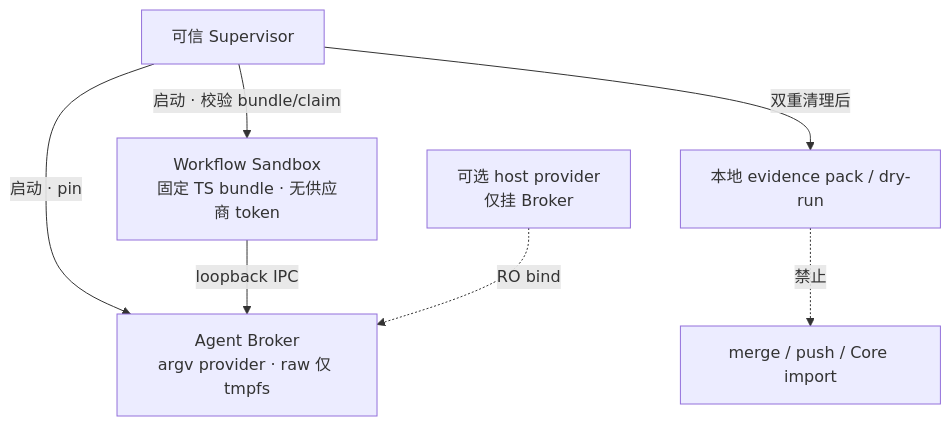
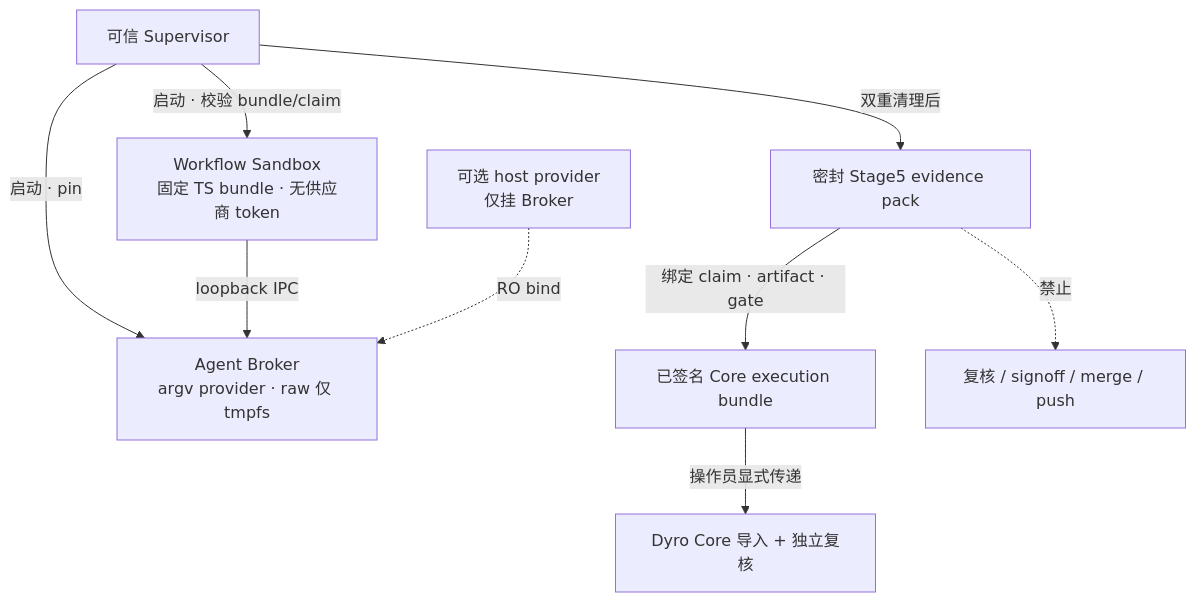
Before and after one commit to DandreYang/DyroEngineeringFlow: diagram 11 of 12 in README.zh-CN.md, drawn with Mermaid. The commit also changed other lines of this file and 44 other files, not shown here.

````diff
--- a/README.zh-CN.md
+++ b/README.zh-CN.md
@@ -256,14 +256,16 @@
 ```mermaid
 flowchart TB
   Sup["可信 Supervisor"]
   Sand["Workflow Sandbox<br/>固定 TS bundle · 无供应商 token"]
   Bro["Agent Broker<br/>argv provider · raw 仅 tmpfs"]
   HostP["可选 host provider<br/>仅挂 Broker"]
 
   Sup -->|启动 · 校验 bundle/claim| Sand
   Sup -->|启动 · pin| Bro
   Sand -->|loopback IPC| Bro
   HostP -.->|RO bind| Bro
-  Sup -->|双重清理后| Pack["本地 evidence pack / dry-run"]
-  Pack -.->|禁止| Merge["merge / push / Core import"]
+  Sup -->|双重清理后| Pack["密封 Stage5 evidence pack"]
+  Pack -->|绑定 claim · artifact · gate| Handoff["已签名 Core execution bundle"]
+  Handoff -->|操作员显式传递| Core["Dyro Core 导入 + 独立复核"]
+  Pack -.->|禁止| Merge["复核 / signoff / merge / push"]
 ```
````
